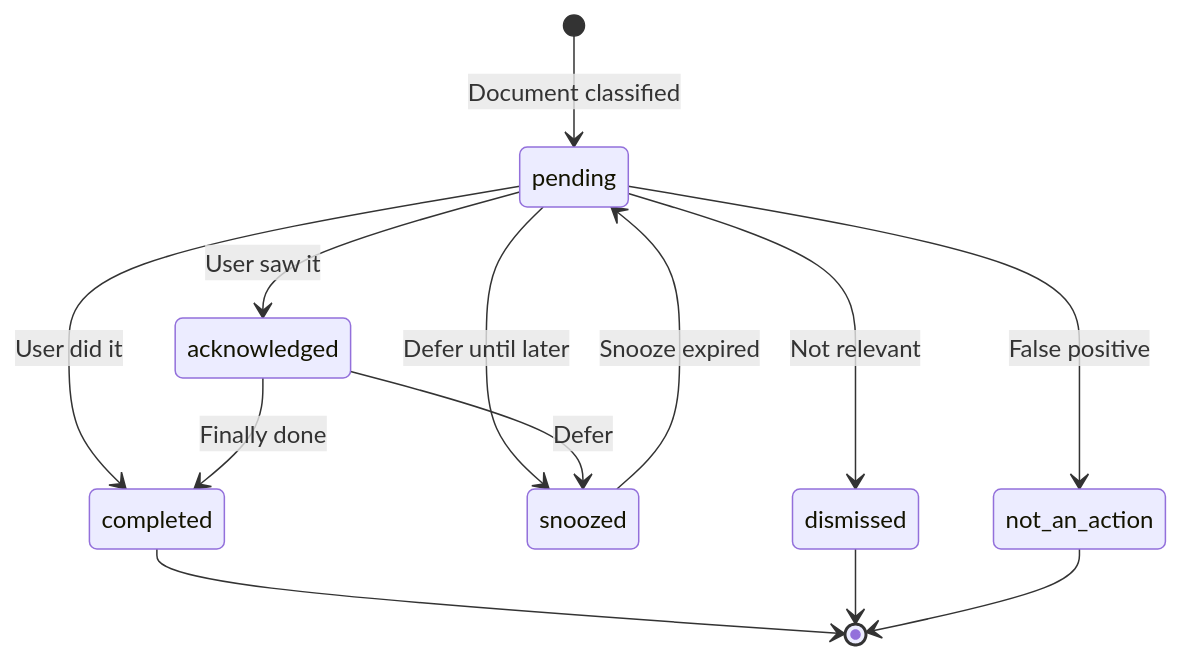
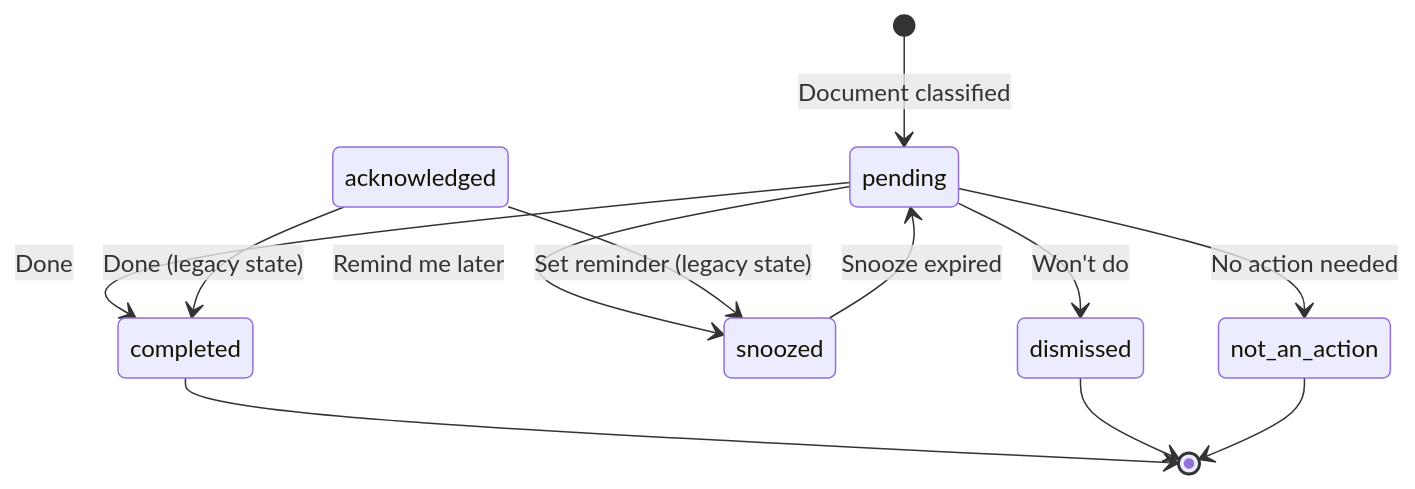
One commit to rsocko/owl changed the second of 2 diagrams in docs/guide/action-queue-guide.md. Above: the diagram before and after it, drawn with Mermaid. The commit also changed other lines of this file and 15 other files, not shown here.

````diff
--- a/docs/guide/action-queue-guide.md
+++ b/docs/guide/action-queue-guide.md
@@ -56,15 +56,14 @@
 ```mermaid
 stateDiagram-v2
     [*] --> pending: Document classified
-    pending --> acknowledged: User saw it
-    pending --> completed: User did it
-    pending --> snoozed: Defer until later
-    pending --> dismissed: Not relevant
-    pending --> not_an_action: False positive
-    acknowledged --> completed: Finally done
-    acknowledged --> snoozed: Defer
+    pending --> completed: Done
+    pending --> snoozed: Remind me later
+    pending --> dismissed: Won't do
+    pending --> not_an_action: No action needed
+    acknowledged --> completed: Done (legacy state)
+    acknowledged --> snoozed: Set reminder (legacy state)
     snoozed --> pending: Snooze expired
     completed --> [*]
     dismissed --> [*]
     not_an_action --> [*]
 ```
````
